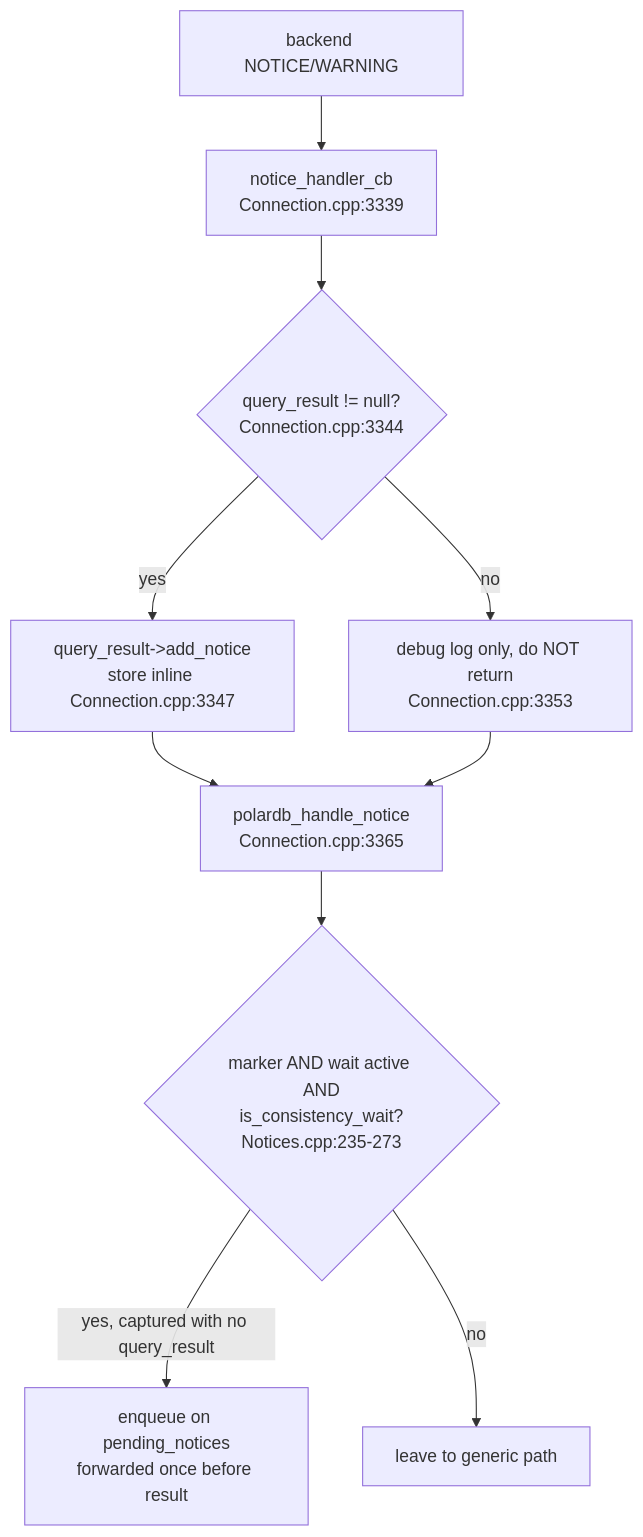
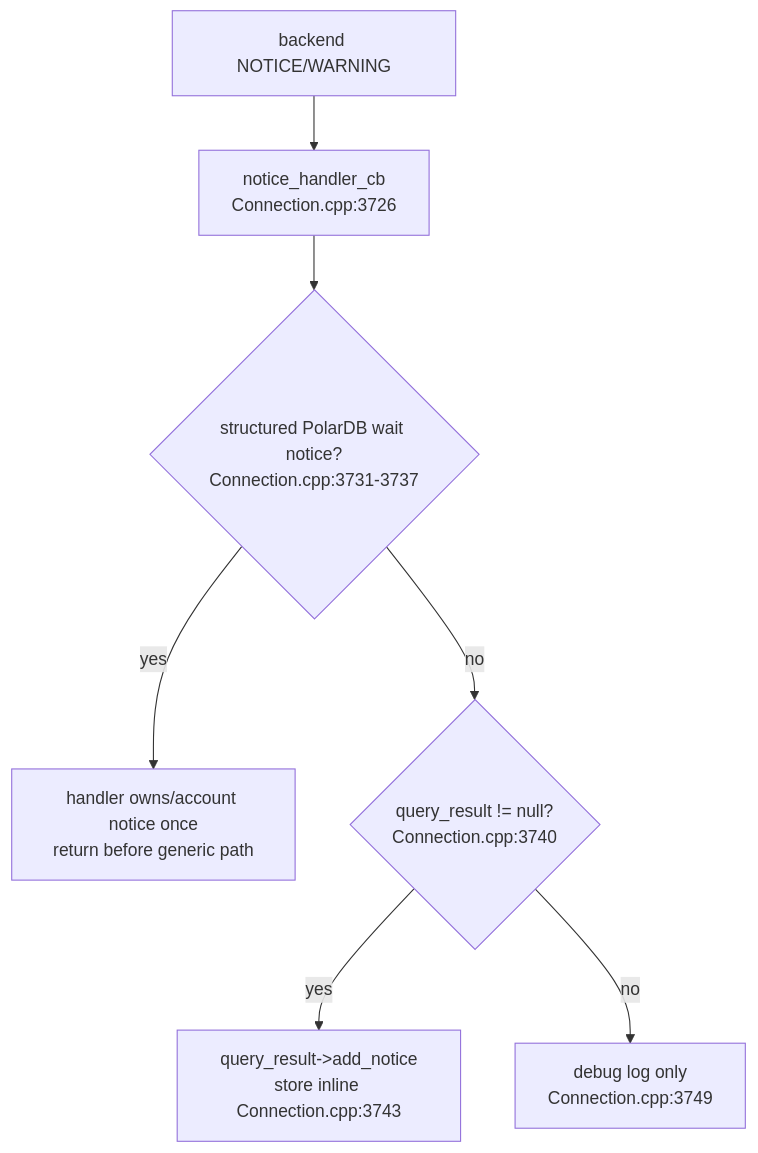
One commit to awide-labs/polar-proxy changed the third of 4 diagrams in doc/polardb-arch/11-CONNECTION-AND-LIBPQ.md. Above: the diagram before and after it, drawn with Mermaid. The commit also changed other lines of this file and 29 other files, not shown here.

First line of the commit message:
docs(polardb): document v15_wait extended query flow

````diff
--- a/doc/polardb-arch/11-CONNECTION-AND-LIBPQ.md
+++ b/doc/polardb-arch/11-CONNECTION-AND-LIBPQ.md
@@ -532,12 +551,9 @@
 ```mermaid
 flowchart TD
-  N[backend NOTICE/WARNING] --> CB[notice_handler_cb<br/>Connection.cpp:3339]
-  CB --> Q{query_result != null?<br/>Connection.cpp:3344}
-  Q -- yes --> I[query_result->add_notice<br/>store inline Connection.cpp:3347]
-  Q -- no --> D[debug log only, do NOT return<br/>Connection.cpp:3353]
-  I --> P[polardb_handle_notice<br/>Connection.cpp:3365]
-  D --> P
-  P --> M{marker AND wait active AND<br/>is_consistency_wait?<br/>Notices.cpp:235-273}
-  M -- yes, captured with no query_result --> Z[enqueue on pending_notices<br/>forwarded once before result]
-  M -- no --> L[leave to generic path]
+  N[backend NOTICE/WARNING] --> CB[notice_handler_cb<br/>Connection.cpp:3726]
+  CB --> P{structured PolarDB wait notice?<br/>Connection.cpp:3731-3737}
+  P -- yes --> Z[handler owns/account notice once<br/>return before generic path]
+  P -- no --> Q{query_result != null?<br/>Connection.cpp:3740}
+  Q -- yes --> I[query_result->add_notice<br/>store inline Connection.cpp:3743]
+  Q -- no --> D[debug log only<br/>Connection.cpp:3749]
 ```
````
